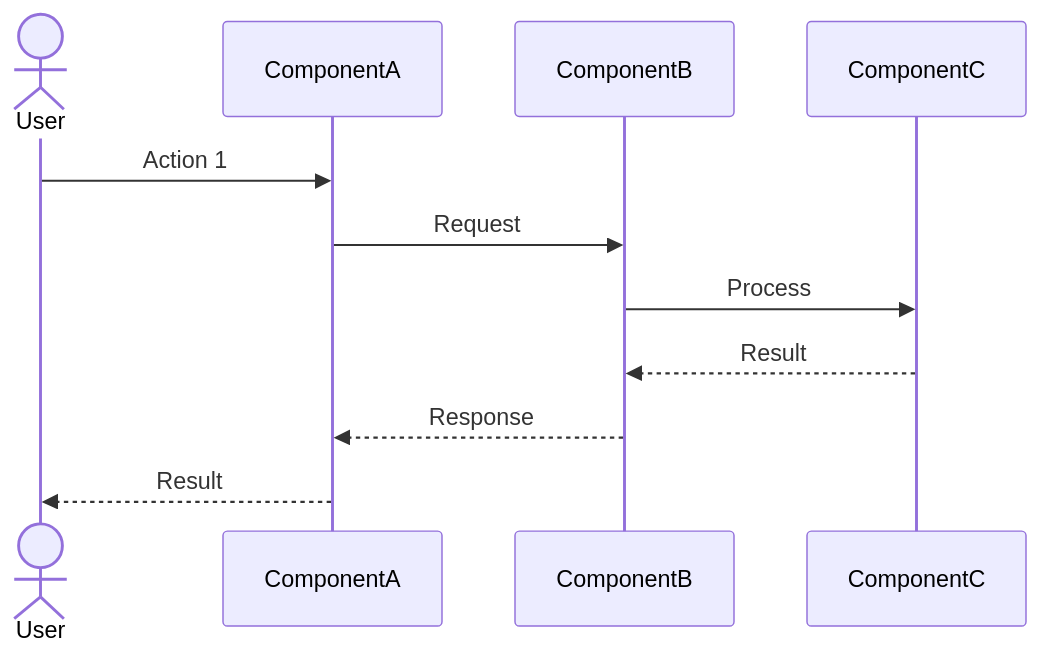
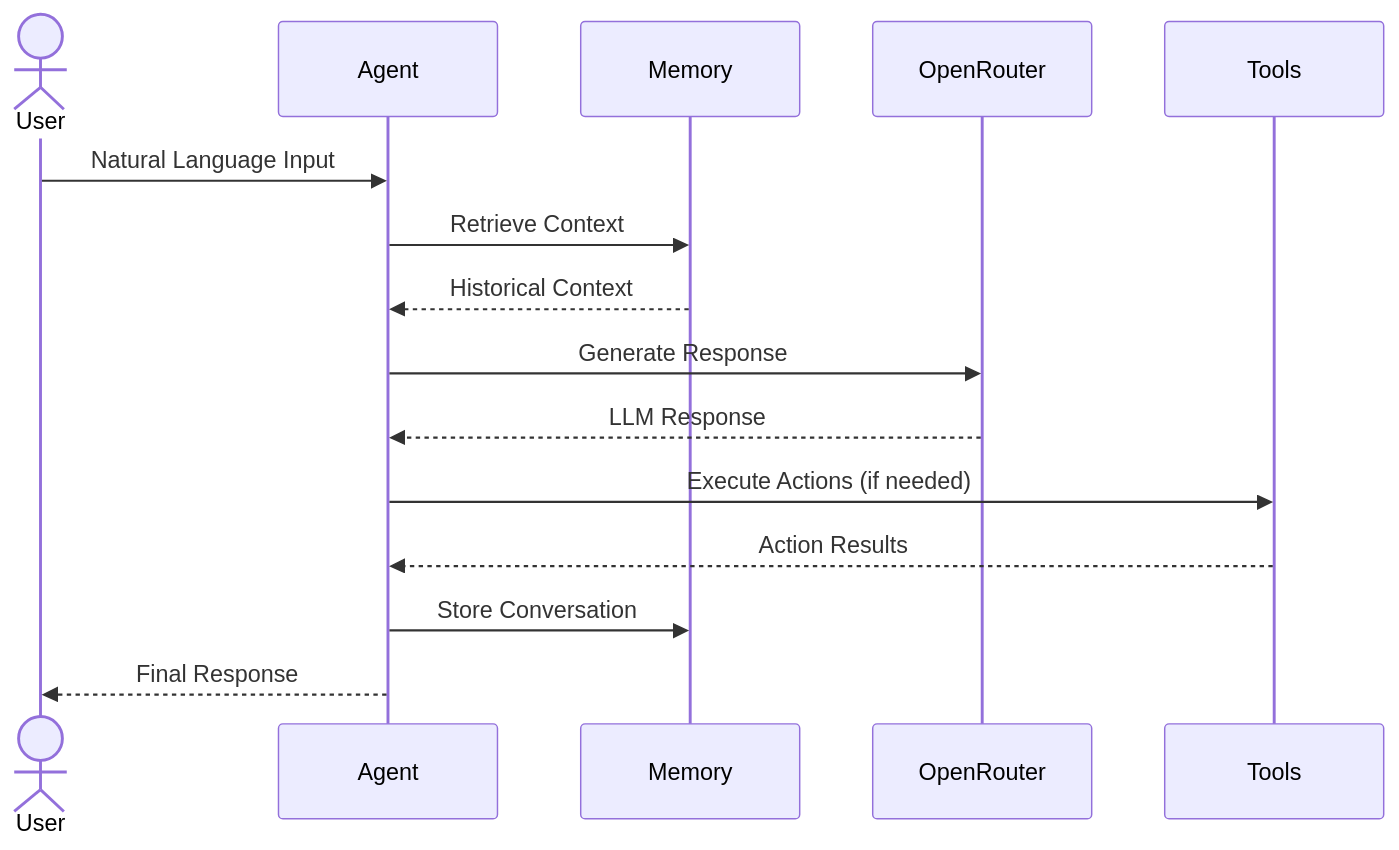
One commit to jwynia/mastra-context-network changed the third of 5 diagrams in context-network/foundation/system_overview.md. Above: the diagram before and after it, drawn with Mermaid. The commit also changed other lines of this file and 19 other files, not shown here.

First line of the commit message:
Refactor project from Node-TypeScript to LLM Agent template

````diff
--- a/context-network/foundation/system_overview.md
+++ b/context-network/foundation/system_overview.md
@@ -80,14 +123,18 @@
 ```mermaid
 sequenceDiagram
     actor User
-    participant ComponentA
-    participant ComponentB
-    participant ComponentC
+    participant Agent
+    participant Memory
+    participant OpenRouter
+    participant Tools
     
-    User->>ComponentA: Action 1
-    ComponentA->>ComponentB: Request
-    ComponentB->>ComponentC: Process
-    ComponentC-->>ComponentB: Result
-    ComponentB-->>ComponentA: Response
-    ComponentA-->>User: Result
+    User->>Agent: Natural Language Input
+    Agent->>Memory: Retrieve Context
+    Memory-->>Agent: Historical Context
+    Agent->>OpenRouter: Generate Response
+    OpenRouter-->>Agent: LLM Response
+    Agent->>Tools: Execute Actions (if needed)
+    Tools-->>Agent: Action Results
+    Agent->>Memory: Store Conversation
+    Agent-->>User: Final Response
 ```
````
